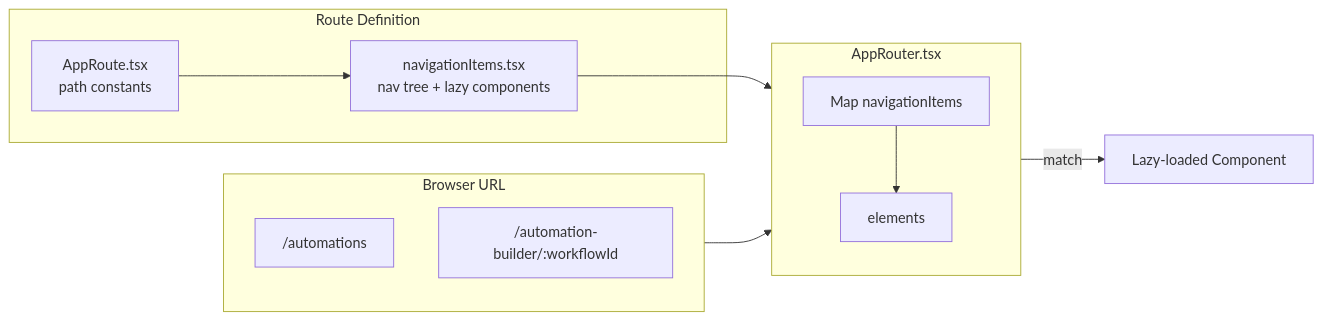
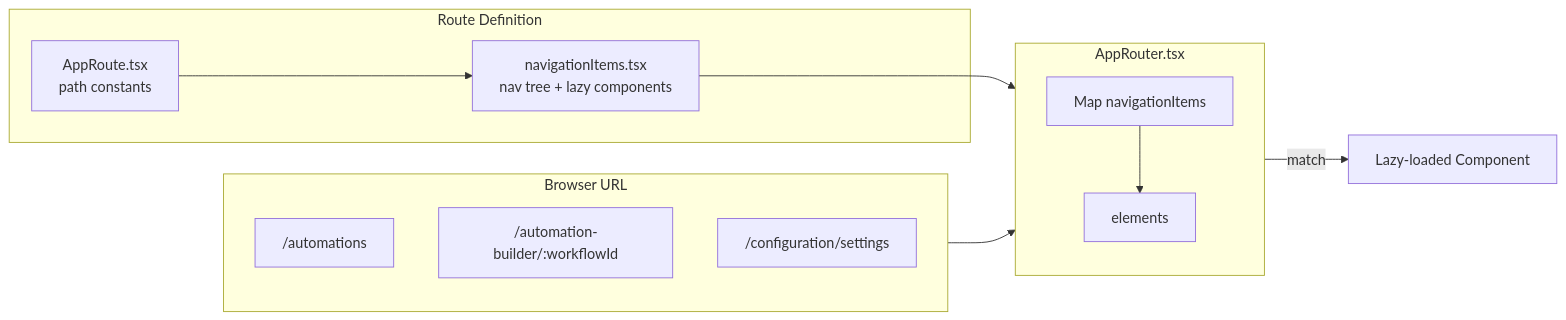
One commit to alinabuzachis/syntara changed the sixth of 19 diagrams in docs/architecture.md. Above: the diagram before and after it, drawn with Mermaid. The commit also changed 26 other files, not shown here.

````diff
--- a/docs/architecture.md
+++ b/docs/architecture.md
@@ -340,23 +340,24 @@
 ```mermaid
 flowchart LR
   subgraph Definition["Route Definition"]
     AR[AppRoute.tsx<br/>path constants]
     NI[navigationItems.tsx<br/>nav tree + lazy components]
   end
 
   subgraph Router["AppRouter.tsx"]
     Map["Map navigationItems"]
     Route["<Route> elements"]
     Map --> Route
   end
 
   subgraph URL["Browser URL"]
     U["/automations"]
     U2["/automation-builder/:workflowId"]
+    U3["/configuration/settings"]
   end
 
   AR --> NI
   NI --> Router
   URL --> Router
   Router -->|"match"| Component["Lazy-loaded Component"]
 ```
````
